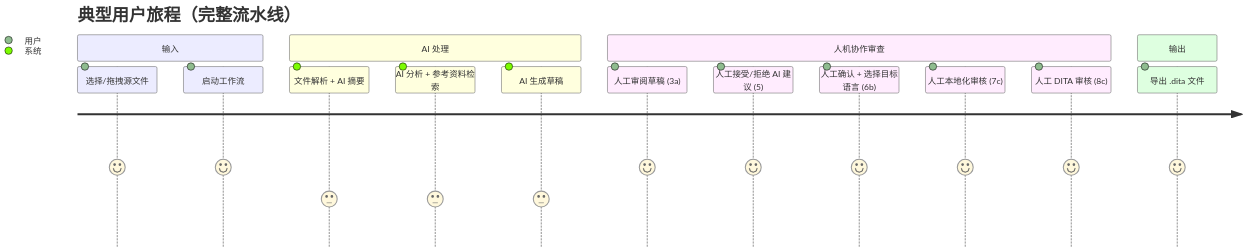
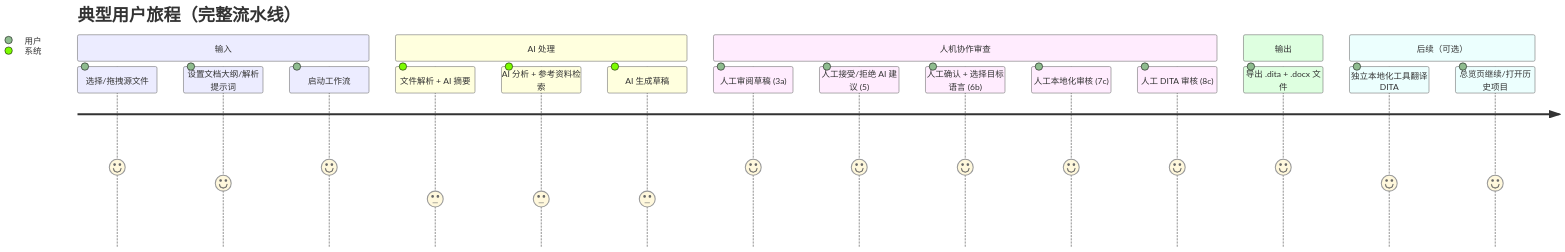
Before and after one commit to lazyloadbox/smart-tech-writter: the diagram in docs/architecture/01-overview.md, drawn with Mermaid. The commit also changed other lines of this file and 101 other files, not shown here.

````diff
--- a/docs/architecture/01-overview.md
+++ b/docs/architecture/01-overview.md
@@ -32,19 +40,23 @@
 ```mermaid
 journey
     title 典型用户旅程（完整流水线）
     section 输入
       选择/拖拽源文件: 5: 用户
+      设置文档大纲/解析提示词: 4: 用户
       启动工作流: 5: 用户
     section AI 处理
       文件解析 + AI 摘要: 3: 系统
       AI 分析 + 参考资料检索: 3: 系统
       AI 生成草稿: 3: 系统
     section 人机协作审查
       人工审阅草稿 (3a): 5: 用户
       人工接受/拒绝 AI 建议 (5): 5: 用户
       人工确认 + 选择目标语言 (6b): 5: 用户
       人工本地化审核 (7c): 5: 用户
       人工 DITA 审核 (8c): 5: 用户
     section 输出
-      导出 .dita 文件: 5: 用户
+      导出 .dita + .docx 文件: 5: 用户
+    section 后续（可选）
+      独立本地化工具翻译 DITA: 4: 用户
+      总览页继续/打开历史项目: 4: 用户
 ```
````
